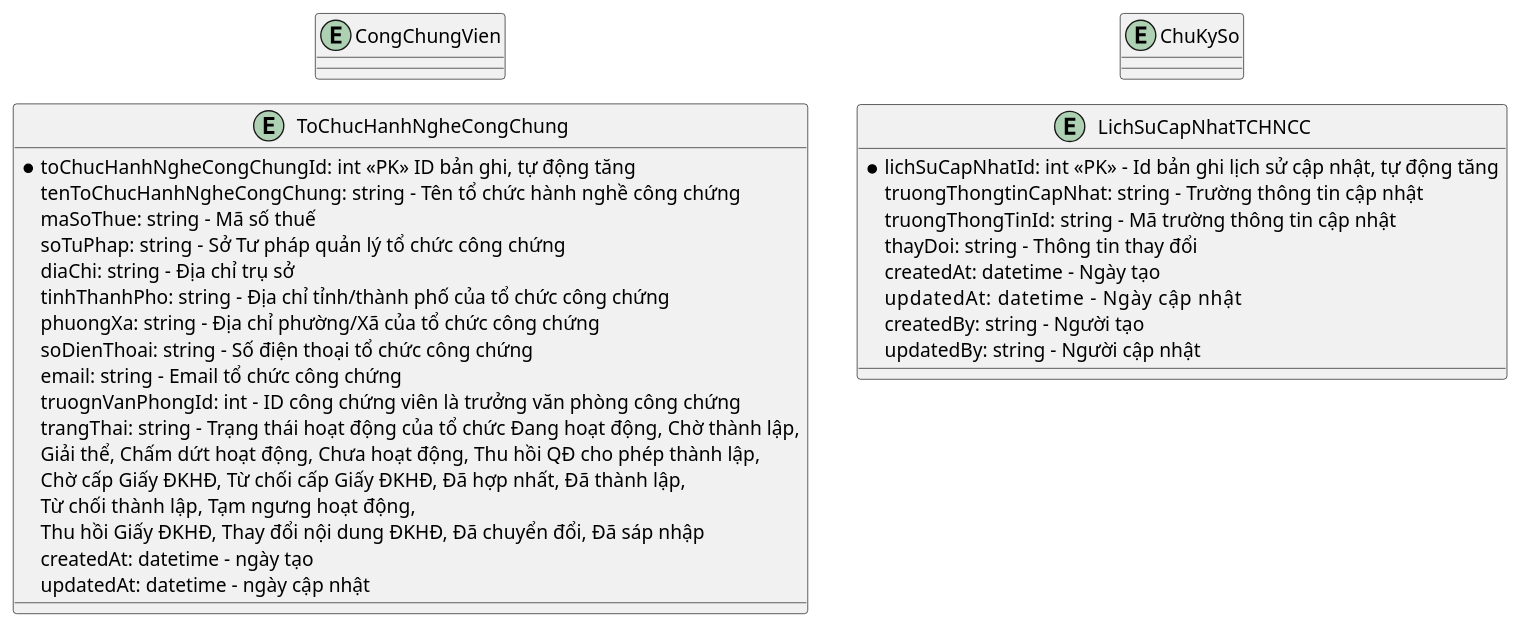
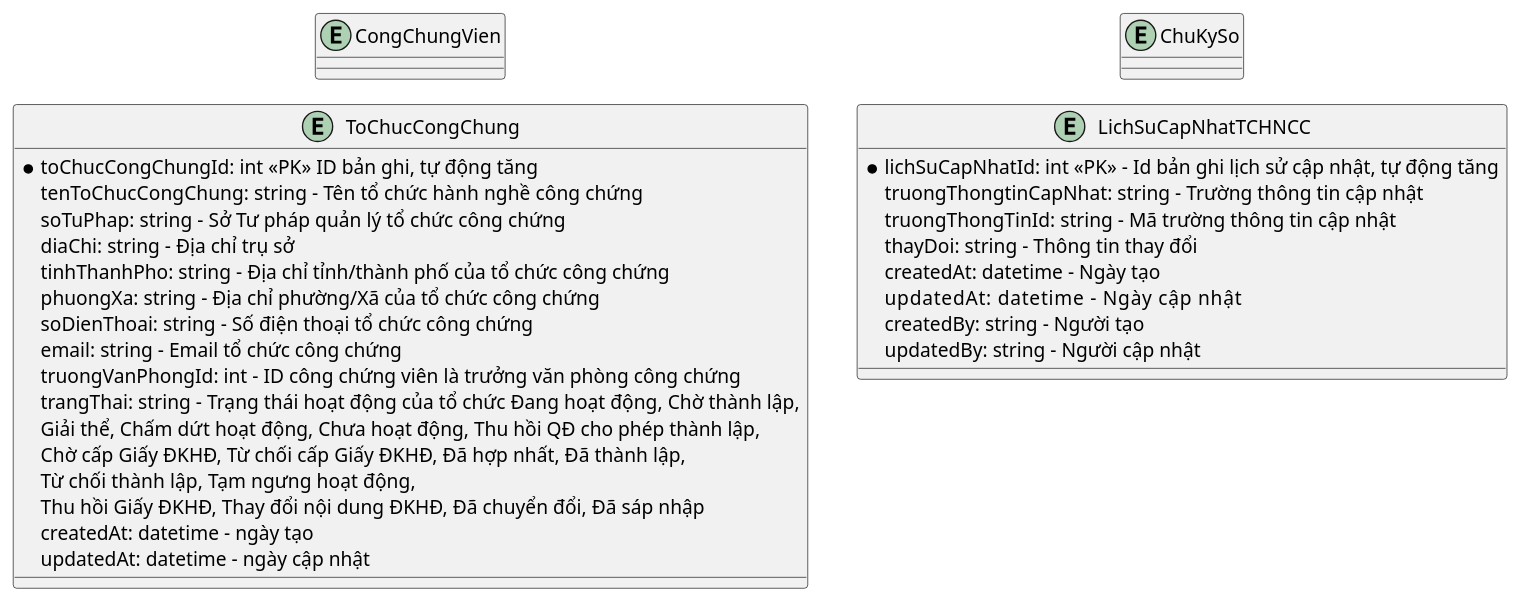
One commit to alvinnguyen9820-prog/CSDL-Cong-Chung changed the diagram in Quản lý tổ chức hành nghề công chứng/3.ldm.puml. Above: the diagram before and after it, drawn with PlantUML. The commit also changed 11 other files, not shown here.

```diff
--- a/Quản lý tổ chức hành nghề công chứng/3.ldm.puml
+++ b/Quản lý tổ chức hành nghề công chứng/3.ldm.puml
@@ -1,41 +1,40 @@
 @startuml ldm
 !pragma layout smetana
 left to right direction
 
 entity CongChungVien
-entity ToChucHanhNgheCongChung
+entity ToChucCongChung
 entity ChuKySo
 entity LichSuCapNhatTCHNCC
 
 entity LichSuCapNhatTCHNCC {
   *lichSuCapNhatId: int <<PK>> - Id bản ghi lịch sử cập nhật, tự động tăng
   truongThongtinCapNhat: string - Trường thông tin cập nhật
   truongThongTinId: string - Mã trường thông tin cập nhật
   thayDoi: string - Thông tin thay đổi
   createdAt: datetime - Ngày tạo
   updatedAt: datetime      - Ngày cập nhật
   createdBy: string - Người tạo
   updatedBy: string - Người cập nhật
 }
 
-entity ToChucHanhNgheCongChung {
-  *toChucHanhNgheCongChungId: int <<PK>> ID bản ghi, tự động tăng
-  tenToChucHanhNgheCongChung: string - Tên tổ chức hành nghề công chứng
-  maSoThue: string - Mã số thuế
+entity ToChucCongChung {
+  *toChucCongChungId: int <<PK>> ID bản ghi, tự động tăng
+  tenToChucCongChung: string - Tên tổ chức hành nghề công chứng
   soTuPhap: string - Sở Tư pháp quản lý tổ chức công chứng
   diaChi: string - Địa chỉ trụ sở
   tinhThanhPho: string - Địa chỉ tỉnh/thành phố của tổ chức công chứng
   phuongXa: string - Địa chỉ phường/Xã của tổ chức công chứng
   soDienThoai: string - Số điện thoại tổ chức công chứng
   email: string - Email tổ chức công chứng
-  truognVanPhongId: int - ID công chứng viên là trưởng văn phòng công chứng
+  truongVanPhongId: int - ID công chứng viên là trưởng văn phòng công chứng
   trangThai: string - Trạng thái hoạt động của tổ chức Đang hoạt động, Chờ thành lập, 
-  Giải thể, Chấm dứt hoạt động, Chưa hoạt động, Thu hồi QĐ cho phép thành lập, 
-  Chờ cấp Giấy ĐKHĐ, Từ chối cấp Giấy ĐKHĐ, Đã hợp nhất, Đã thành lập, 
-  Từ chối thành lập, Tạm ngưng hoạt động, 
-  Thu hồi Giấy ĐKHĐ, Thay đổi nội dung ĐKHĐ, Đã chuyển đổi, Đã sáp nhập
+    Giải thể, Chấm dứt hoạt động, Chưa hoạt động, Thu hồi QĐ cho phép thành lập, 
+    Chờ cấp Giấy ĐKHĐ, Từ chối cấp Giấy ĐKHĐ, Đã hợp nhất, Đã thành lập, 
+    Từ chối thành lập, Tạm ngưng hoạt động, 
+    Thu hồi Giấy ĐKHĐ, Thay đổi nội dung ĐKHĐ, Đã chuyển đổi, Đã sáp nhập
   createdAt: datetime - ngày tạo
   updatedAt: datetime - ngày cập nhật
 }
 
 @enduml
```
